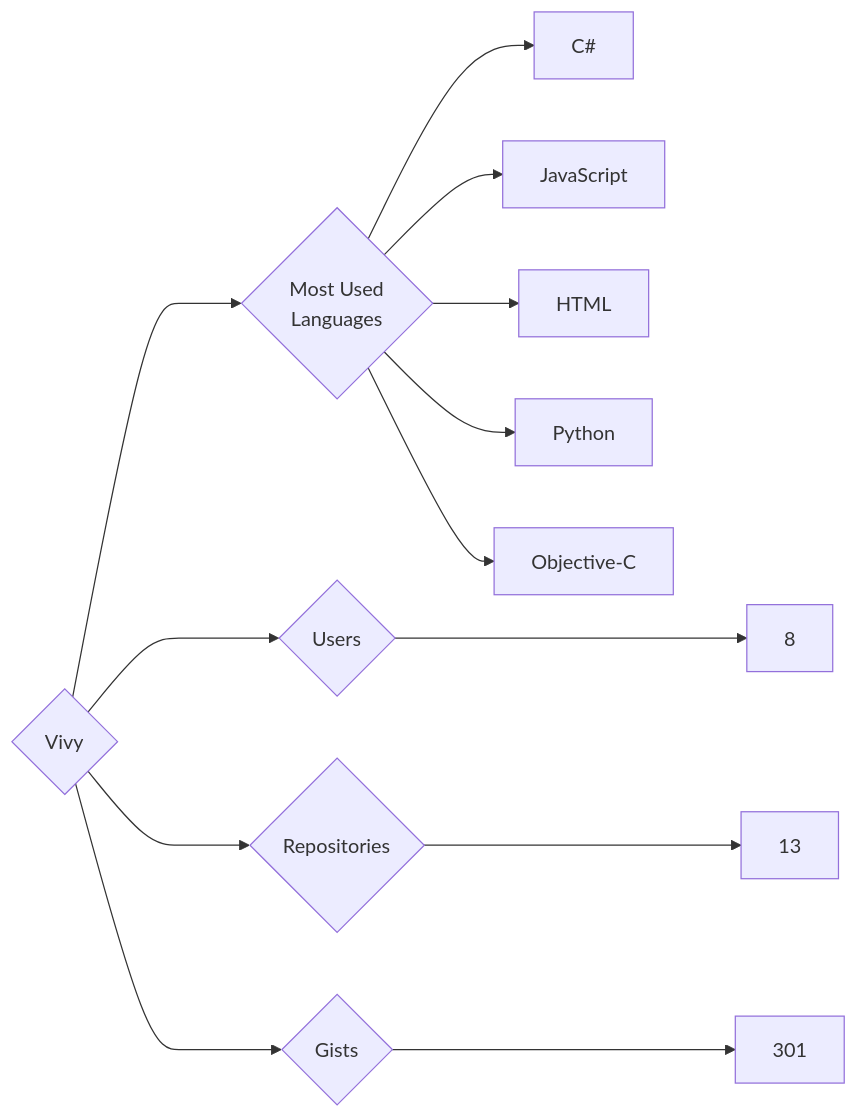
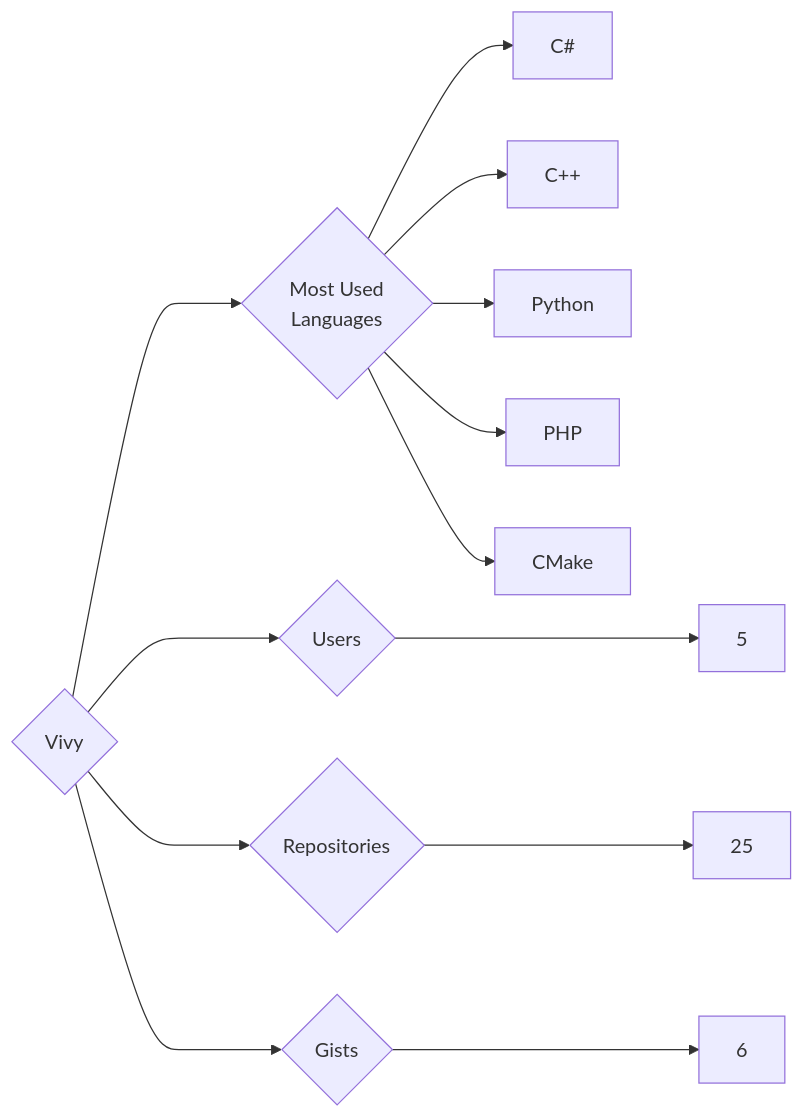
The diagram in targets/Vivy/README.md (trickest/insiders), drawn with Mermaid before and after one commit. The commit also changed 835 other files, not shown here.

````diff
--- a/targets/Vivy/README.md
+++ b/targets/Vivy/README.md
@@ -3,13 +3,13 @@
 ```mermaid
 graph LR
 COMPANY_NAME{Vivy}
-COMPANY_NAME ---> U{Users} ---> UN[8]
-COMPANY_NAME ---> R{Repositories} ---> RN[13]
-COMPANY_NAME ---> G{Gists} ---> GN[301]
+COMPANY_NAME ---> U{Users} ---> UN[5]
+COMPANY_NAME ---> R{Repositories} ---> RN[25]
+COMPANY_NAME ---> G{Gists} ---> GN[6]
 COMPANY_NAME ---> ML{Most Used<br>Languages}
 ML --> C#[C#]
-ML --> JavaScript[JavaScript]
-ML --> HTML[HTML]
+ML --> C++[C++]
 ML --> Python[Python]
-ML --> Objective-C[Objective-C]
+ML --> PHP[PHP]
+ML --> CMake[CMake]
 ```
````
